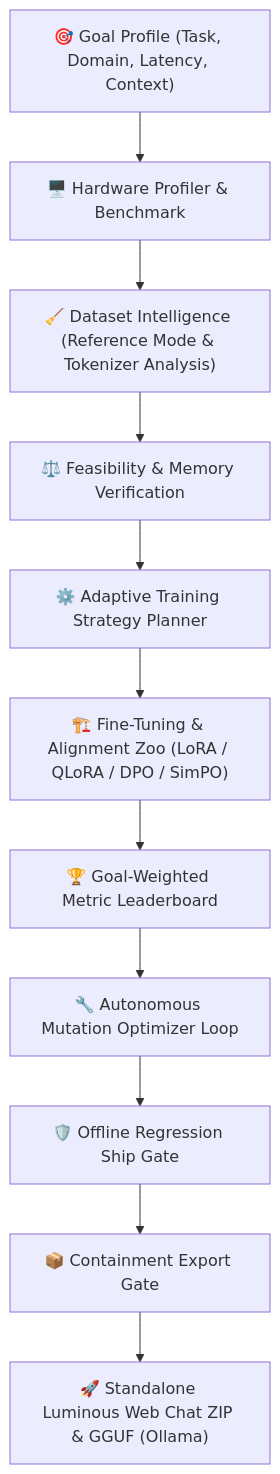
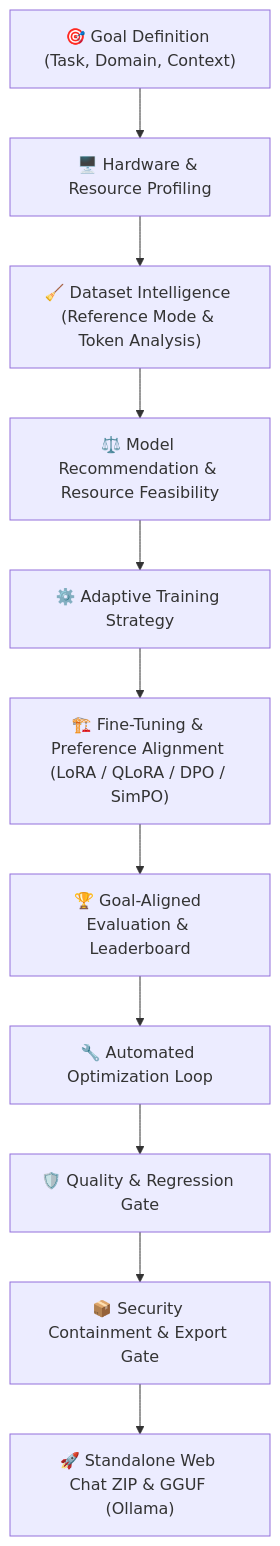
Before and after one commit to kiransai-62/myai-model-builder: the diagram in README.md, drawn with Mermaid. The commit also changed other lines of this file and 1 other file, not shown here.

````diff
--- a/README.md
+++ b/README.md
@@ -89,13 +94,13 @@
 ```mermaid
 graph TD
-    A["🎯 Goal Profile (Task, Domain, Latency, Context)"] --> B["🖥️ Hardware Profiler & Benchmark"]
-    B --> C["🧹 Dataset Intelligence (Reference Mode & Tokenizer Analysis)"]
-    C --> D["⚖️ Feasibility & Memory Verification"]
-    D --> E["⚙️ Adaptive Training Strategy Planner"]
-    E --> F["🏗️ Fine-Tuning & Alignment Zoo (LoRA / QLoRA / DPO / SimPO)"]
-    F --> G["🏆 Goal-Weighted Metric Leaderboard"]
-    G --> H["🔧 Autonomous Mutation Optimizer Loop"]
-    H --> I["🛡️ Offline Regression Ship Gate"]
-    I --> J["📦 Containment Export Gate"]
-    J --> K["🚀 Standalone Luminous Web Chat ZIP & GGUF (Ollama)"]
+    A["🎯 Goal Definition (Task, Domain, Context)"] --> B["🖥️ Hardware & Resource Profiling"]
+    B --> C["🧹 Dataset Intelligence (Reference Mode & Token Analysis)"]
+    C --> D["⚖️ Model Recommendation & Resource Feasibility"]
+    D --> E["⚙️ Adaptive Training Strategy"]
+    E --> F["🏗️ Fine-Tuning & Preference Alignment (LoRA / QLoRA / DPO / SimPO)"]
+    F --> G["🏆 Goal-Aligned Evaluation & Leaderboard"]
+    G --> H["🔧 Automated Optimization Loop"]
+    H --> I["🛡️ Quality & Regression Gate"]
+    I --> J["📦 Security Containment & Export Gate"]
+    J --> K["🚀 Standalone Web Chat ZIP & GGUF (Ollama)"]
 ```
````
